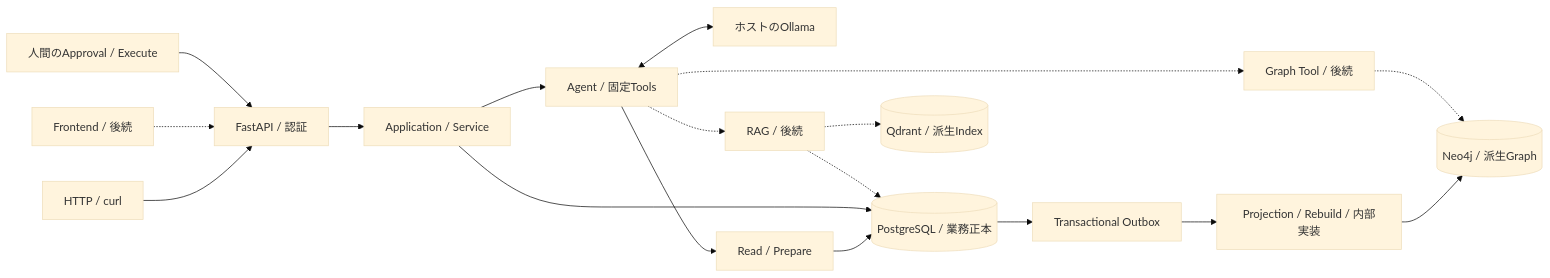
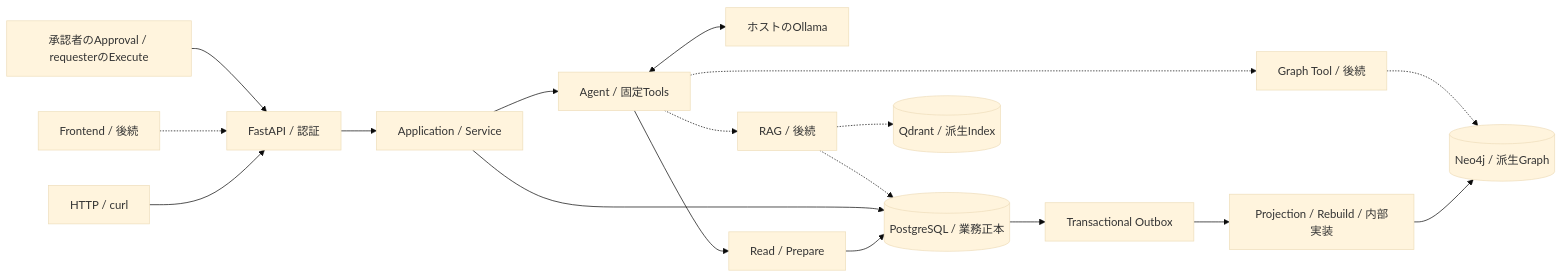
The diagram in README.md (philippos2/line-scope), drawn with Mermaid (base theme) before and after one commit. The commit also changed other lines of this file and 19 other files, not shown here.

````diff
--- a/README.md
+++ b/README.md
@@ -30,20 +30,20 @@
 ```mermaid
 flowchart LR
     Curl[HTTP / curl] --> API[FastAPI / 認証]
     UI[Frontend / 後続] -.-> API
     API --> App[Application / Service]
     App --> Agent[Agent / 固定Tools]
     Agent <--> LLM[ホストのOllama]
     Agent --> Read[Read / Prepare]
     Read --> PG[(PostgreSQL / 業務正本)]
-    Human[人間のApproval / Execute] --> API
+    Human[承認者のApproval / requesterのExecute] --> API
     App --> PG
     PG --> Outbox[Transactional Outbox]
     Outbox --> Projection[Projection / Rebuild / 内部実装]
     Projection --> Neo4j[(Neo4j / 派生Graph)]
     Agent -.-> Graph[Graph Tool / 後続]
     Graph -.-> Neo4j
     Agent -.-> RAG[RAG / 後続]
     RAG -.-> Qdrant[(Qdrant / 派生Index)]
     RAG -.-> PG
 ```
````
